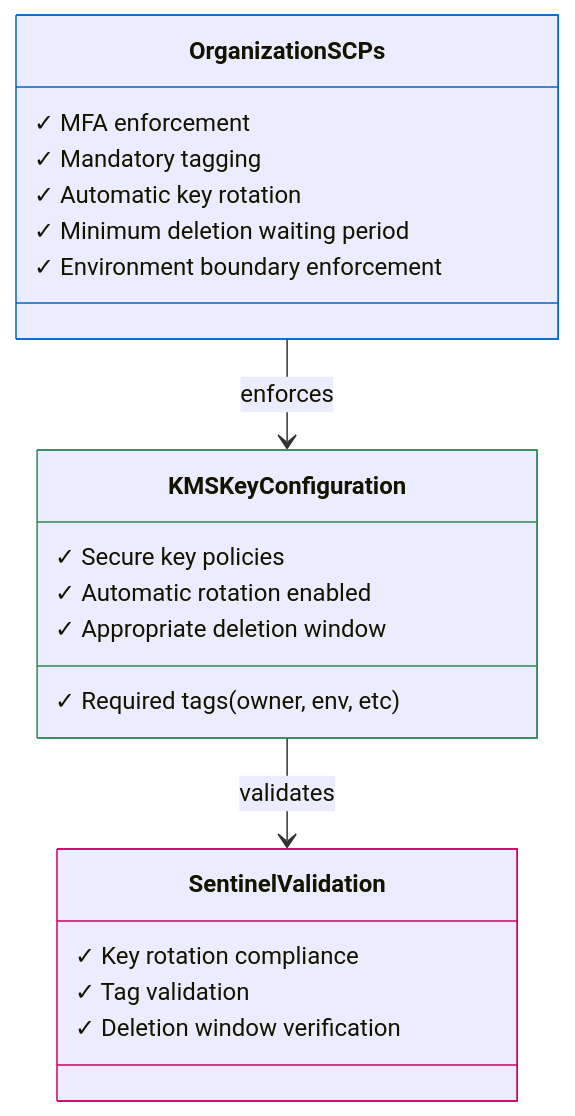
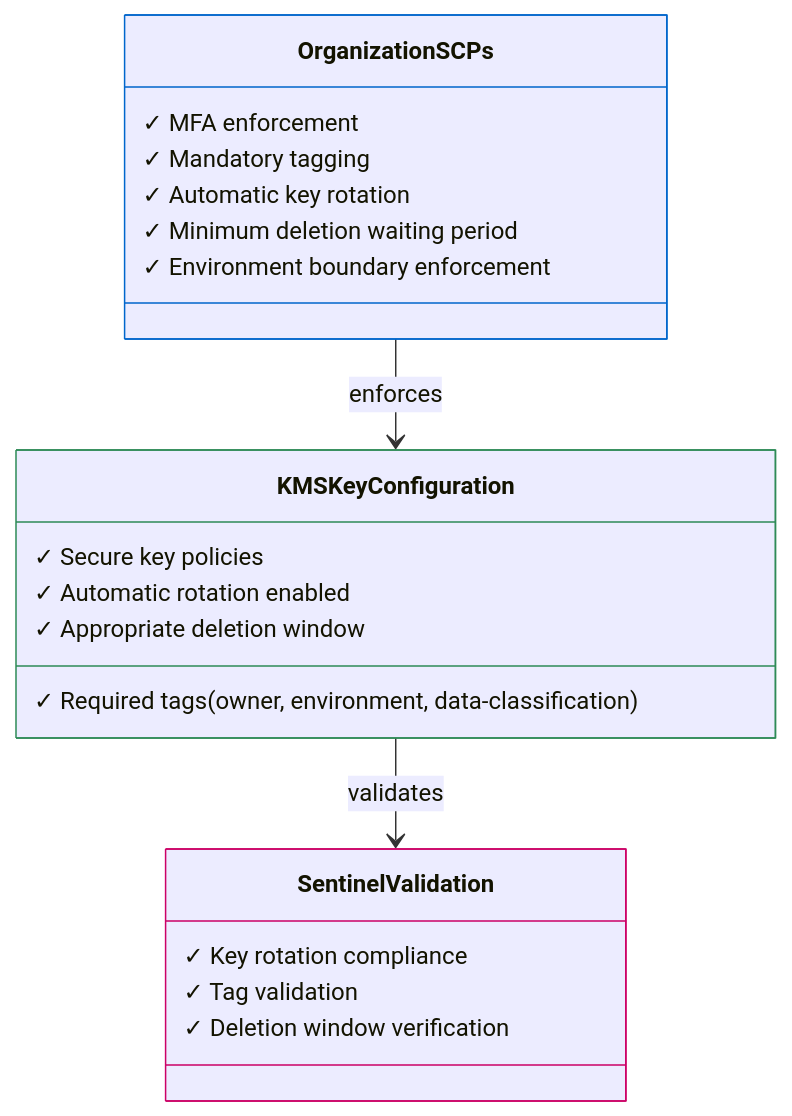
One commit to Searge/aws_kms changed the diagram in kms/README.md. Above: the diagram before and after it, drawn with Mermaid.

Commit message:
fix(docs): Update tags req

````diff
--- a/kms/README.md
+++ b/kms/README.md
@@ -16,30 +16,30 @@
 ```mermaid
 classDiagram
     class OrganizationSCPs {
         ✓ MFA enforcement
         ✓ Mandatory tagging
         ✓ Automatic key rotation
         ✓ Minimum deletion waiting period
         ✓ Environment boundary enforcement
     }
 
     class KMSKeyConfiguration {
         ✓ Secure key policies
-        ✓ Required tags (owner, env, etc)
         ✓ Automatic rotation enabled
         ✓ Appropriate deletion window
+        ✓ Required tags (owner, environment, data-classification)
     }
 
     class SentinelValidation {
         ✓ Key rotation compliance
         ✓ Tag validation
         ✓ Deletion window verification
     }
 
     OrganizationSCPs --> KMSKeyConfiguration : enforces
     KMSKeyConfiguration --> SentinelValidation : validates
 
     style OrganizationSCPs stroke:#0066cc
     style KMSKeyConfiguration stroke:#2e8b57
     style SentinelValidation stroke:#cc0066
 ```
````
